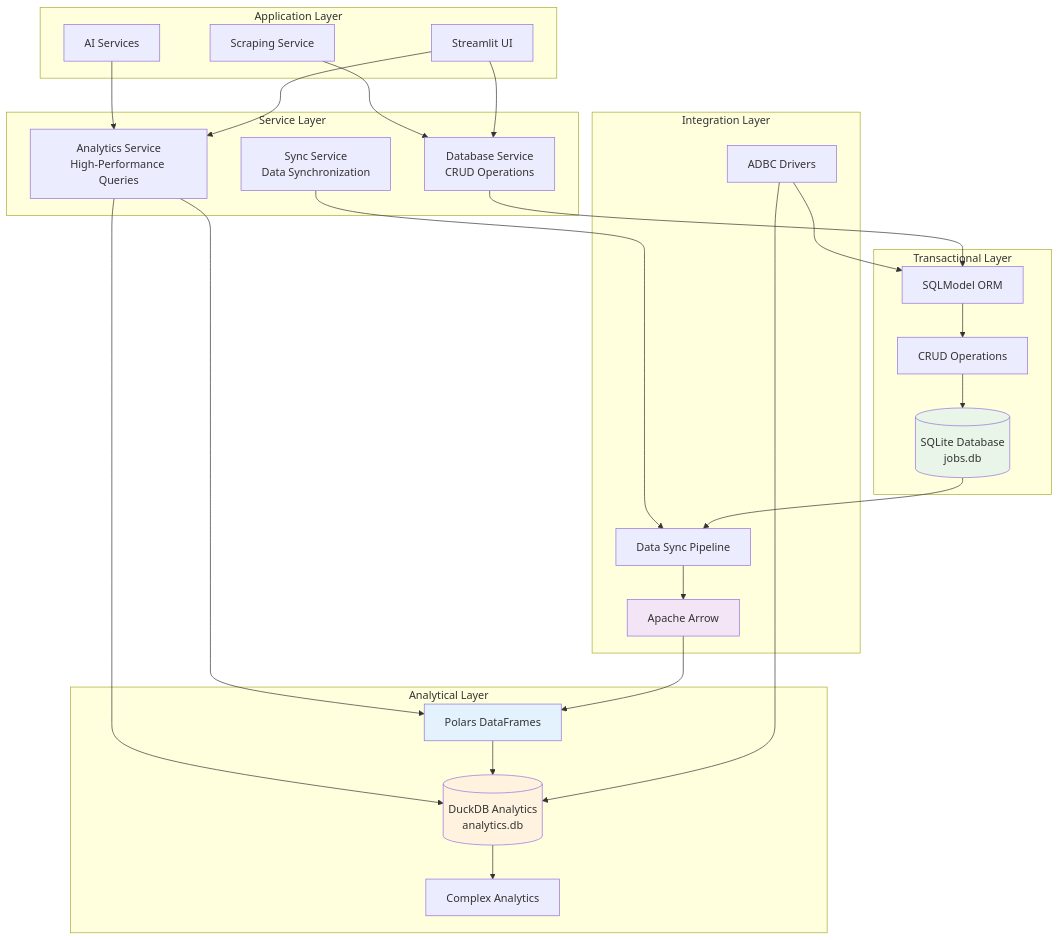
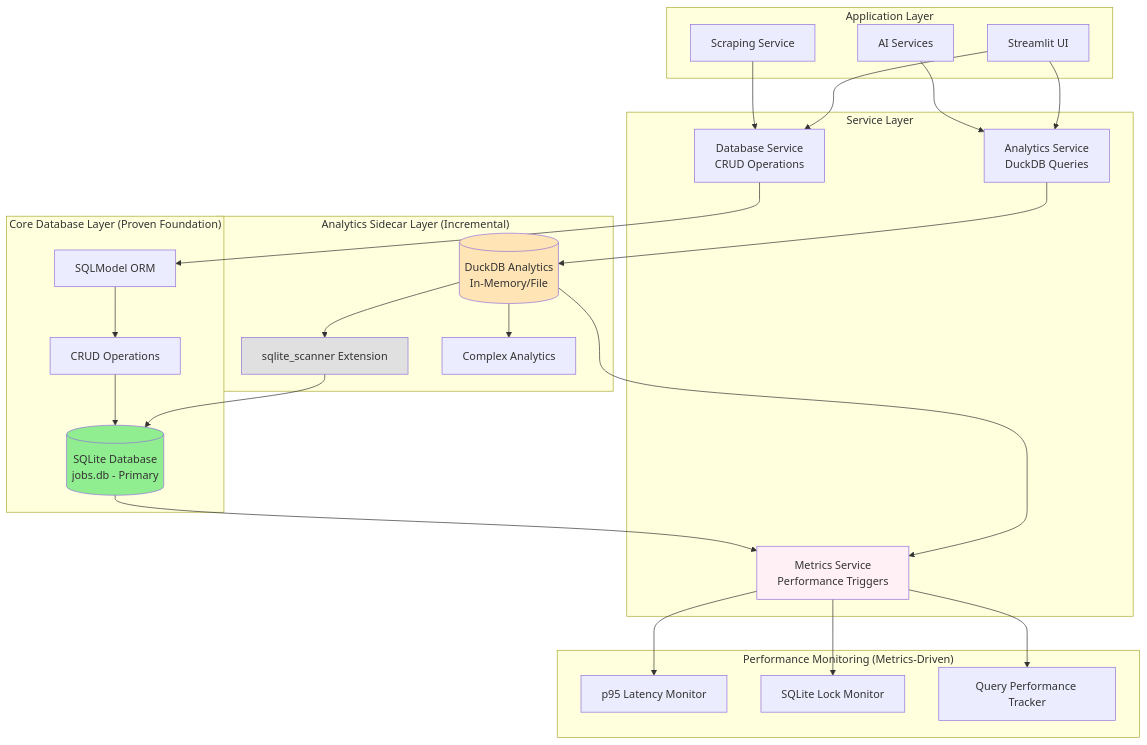
One commit to BjornMelin/ai-job-scraper changed the diagram in docs/adrs/ADR-018-local-database-setup.md. Above: the diagram before and after it, drawn with Mermaid. The commit also changed other lines of this file and 9 other files, not shown here.

First line of the commit message:
docs: update ADRs for incremental DuckDB evolution and analytics strategy

````diff
--- a/docs/adrs/ADR-018-local-database-setup.md
+++ b/docs/adrs/ADR-018-local-database-setup.md
@@ -109,59 +107,58 @@
 ```mermaid
 graph TB
     subgraph "Application Layer"
         Scraper[Scraping Service]
         AI[AI Services]
         UI[Streamlit UI]
     end
     
     subgraph "Service Layer"
         DBService[Database Service<br/>CRUD Operations]
-        AnalyticsService[Analytics Service<br/>High-Performance Queries]
-        SyncService[Sync Service<br/>Data Synchronization]
+        AnalyticsService[Analytics Service<br/>DuckDB Queries]
+        MetricsService[Metrics Service<br/>Performance Triggers]
     end
     
-    subgraph "Transactional Layer"
-        SQLite[(SQLite Database<br/>jobs.db)]
+    subgraph "Core Database Layer (Proven Foundation)"
+        SQLite[(SQLite Database<br/>jobs.db - Primary)]
         SQLModel[SQLModel ORM]
         CRUD[CRUD Operations]
     end
     
-    subgraph "Analytical Layer"
-        DuckDB[(DuckDB Analytics<br/>analytics.db)]
-        Polars[Polars DataFrames]
+    subgraph "Analytics Sidecar Layer (Incremental)"
+        DuckDB[(DuckDB Analytics<br/>In-Memory/File)]
+        SQLiteScanner[sqlite_scanner Extension]
         Analytics[Complex Analytics]
     end
     
-    subgraph "Integration Layer"
-        ADBC[ADBC Drivers]
-        Arrow[Apache Arrow]
-        Sync[Data Sync Pipeline]
+    subgraph "Performance Monitoring (Metrics-Driven)"
+        Latency[p95 Latency Monitor]
+        Concurrency[SQLite Lock Monitor]
+        QueryTime[Query Performance Tracker]
     end
     
     Scraper --> DBService
     AI --> AnalyticsService
     UI --> DBService
     UI --> AnalyticsService
     
     DBService --> SQLModel
     SQLModel --> CRUD
     CRUD --> SQLite
     
     AnalyticsService --> DuckDB
-    AnalyticsService --> Polars
-    SyncService --> Sync
-    
-    SQLite --> Sync
-    Sync --> Arrow
-    Arrow --> Polars
-    Polars --> DuckDB
+    DuckDB --> SQLiteScanner
+    SQLiteScanner --> SQLite
     DuckDB --> Analytics
     
-    ADBC --> SQLModel
-    ADBC --> DuckDB
+    MetricsService --> Latency
+    MetricsService --> Concurrency
+    MetricsService --> QueryTime
     
-    style SQLite fill:#e8f5e8
-    style DuckDB fill:#fff3e0
-    style Polars fill:#e3f2fd
-    style Arrow fill:#f3e5f5
+    SQLite --> MetricsService
+    DuckDB --> MetricsService
+    
+    style SQLite fill:#90EE90
+    style DuckDB fill:#FFE4B5
+    style SQLiteScanner fill:#E0E0E0
+    style MetricsService fill:#FFF0F5
 ```
````
